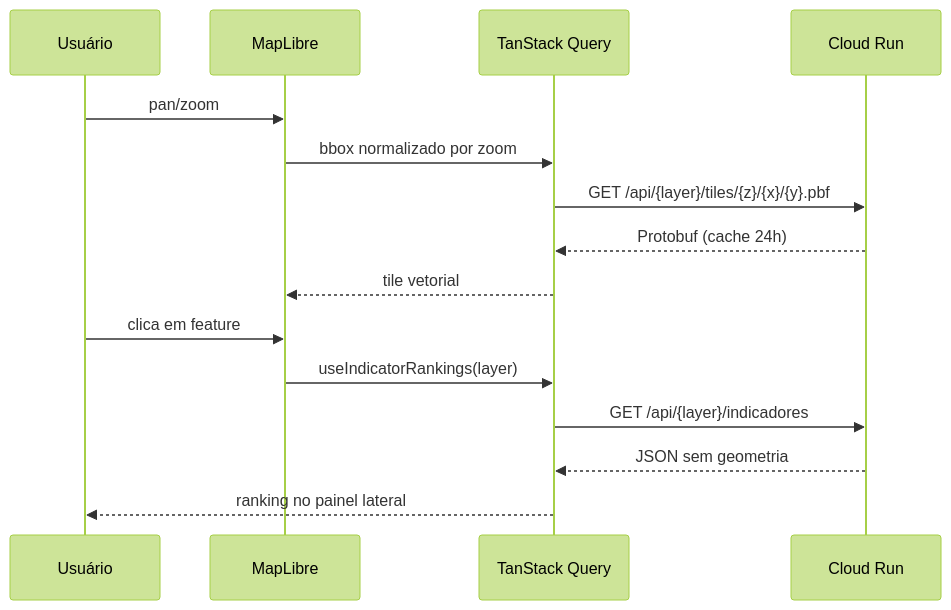
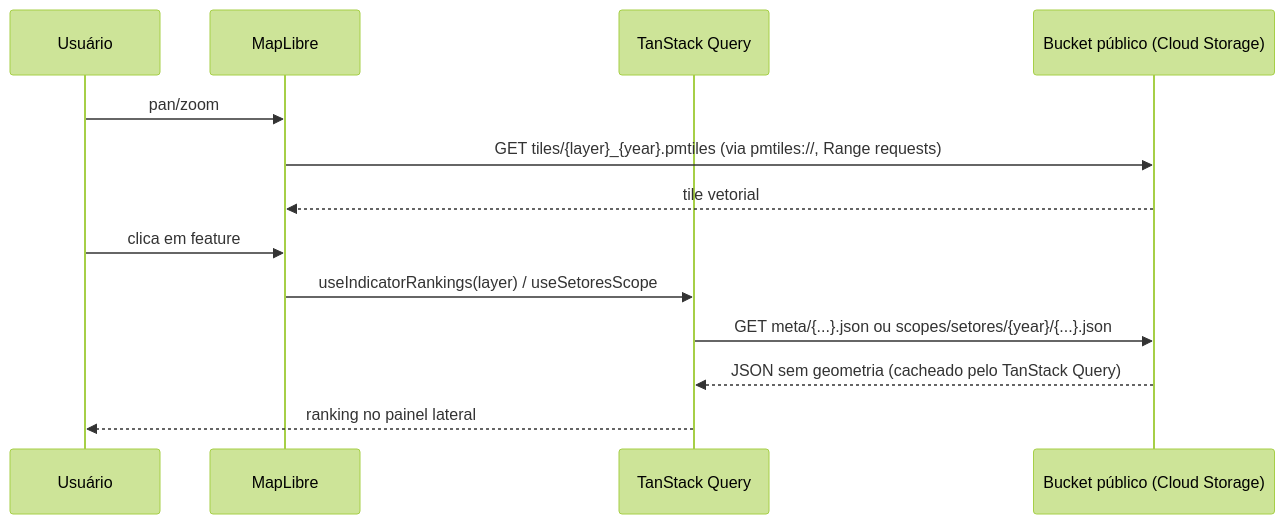
Before and after one commit to Afro-Cebrap/mapa_da_segregacao: the diagram in app/README.md, drawn with Mermaid (forest theme). The commit also changed other lines of this file and 5 other files, not shown here.

````diff
--- a/app/README.md
+++ b/app/README.md
@@ -67,19 +76,17 @@
 ```mermaid
 sequenceDiagram
     participant U as Usuário
     participant Map as MapLibre
     participant Q as TanStack Query
-    participant API as Cloud Run
+    participant B as Bucket público (Cloud Storage)
 
     U->>Map: pan/zoom
-    Map->>Q: bbox normalizado por zoom
-    Q->>API: GET /api/{layer}/tiles/{z}/{x}/{y}.pbf
-    API-->>Q: Protobuf (cache 24h)
-    Q-->>Map: tile vetorial
+    Map->>B: GET tiles/{layer}_{year}.pmtiles (via pmtiles://, Range requests)
+    B-->>Map: tile vetorial
 
     U->>Map: clica em feature
-    Map->>Q: useIndicatorRankings(layer)
-    Q->>API: GET /api/{layer}/indicadores
-    API-->>Q: JSON sem geometria
+    Map->>Q: useIndicatorRankings(layer) / useSetoresScope
+    Q->>B: GET meta/{...}.json ou scopes/setores/{year}/{...}.json
+    B-->>Q: JSON sem geometria (cacheado pelo TanStack Query)
     Q-->>U: ranking no painel lateral
 ```
````
